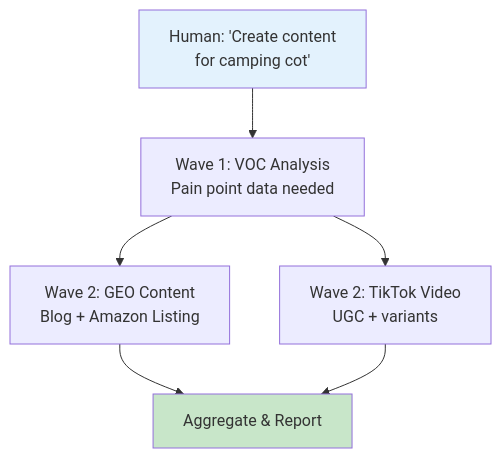
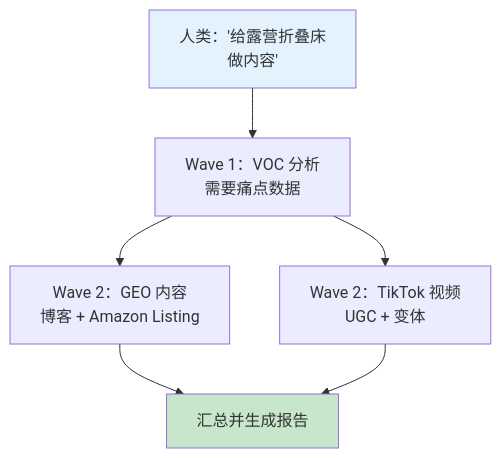
Before and after one commit to chan-kinghin/e-commerce-claw: the third of 6 diagrams in plans/PLAN-lead-orchestrator.md, drawn with Mermaid. The commit also changed other lines of this file and 55 other files, not shown here.

````diff
--- a/plans/PLAN-lead-orchestrator.md
+++ b/plans/PLAN-lead-orchestrator.md
@@ -376,11 +376,11 @@
 ```mermaid
 graph TD
-    START["Human: 'Create content<br/>for camping cot'"] --> VOC["Wave 1: VOC Analysis<br/>Pain point data needed"]
-    VOC --> GEO["Wave 2: GEO Content<br/>Blog + Amazon Listing"]
-    VOC --> TIKTOK["Wave 2: TikTok Video<br/>UGC + variants"]
-    GEO --> AGG["Aggregate & Report"]
+    START["人类：'给露营折叠床<br/>做内容'"] --> VOC["Wave 1：VOC 分析<br/>需要痛点数据"]
+    VOC --> GEO["Wave 2：GEO 内容<br/>博客 + Amazon Listing"]
+    VOC --> TIKTOK["Wave 2：TikTok 视频<br/>UGC + 变体"]
+    GEO --> AGG["汇总并生成报告"]
     TIKTOK --> AGG
 
     style START fill:#E3F2FD
     style AGG fill:#C8E6C9
 ```
````
